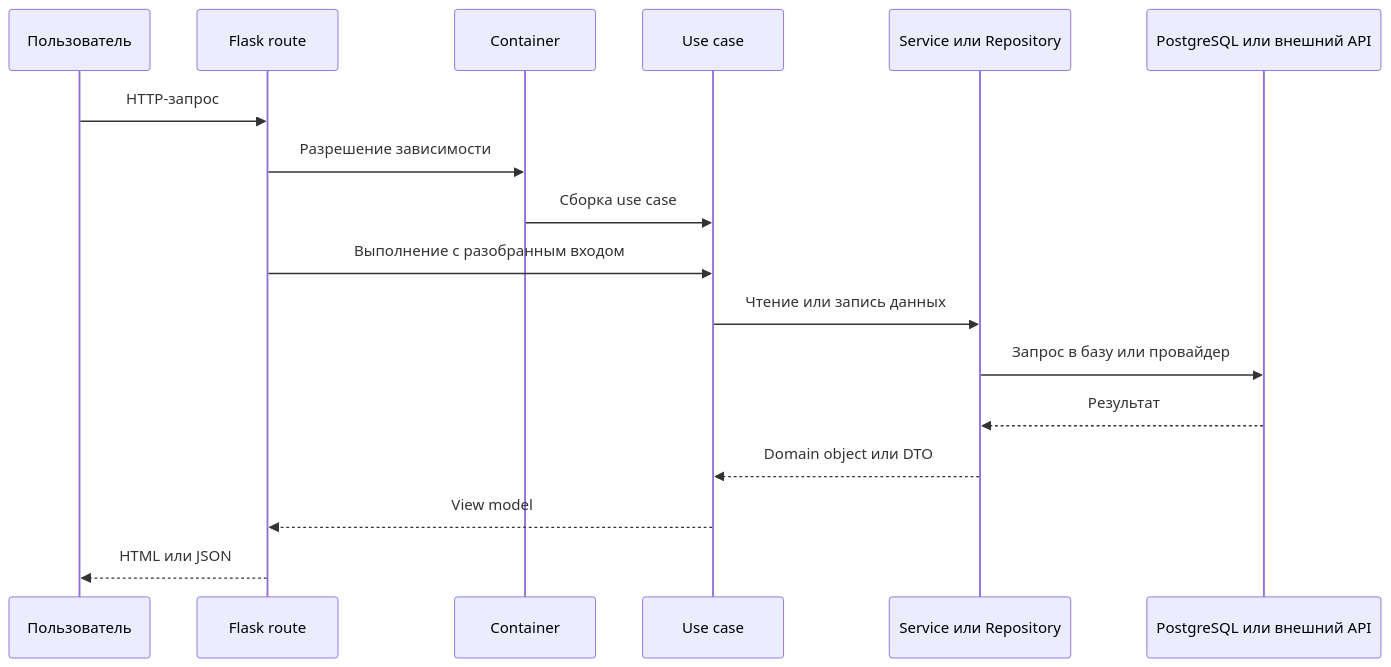
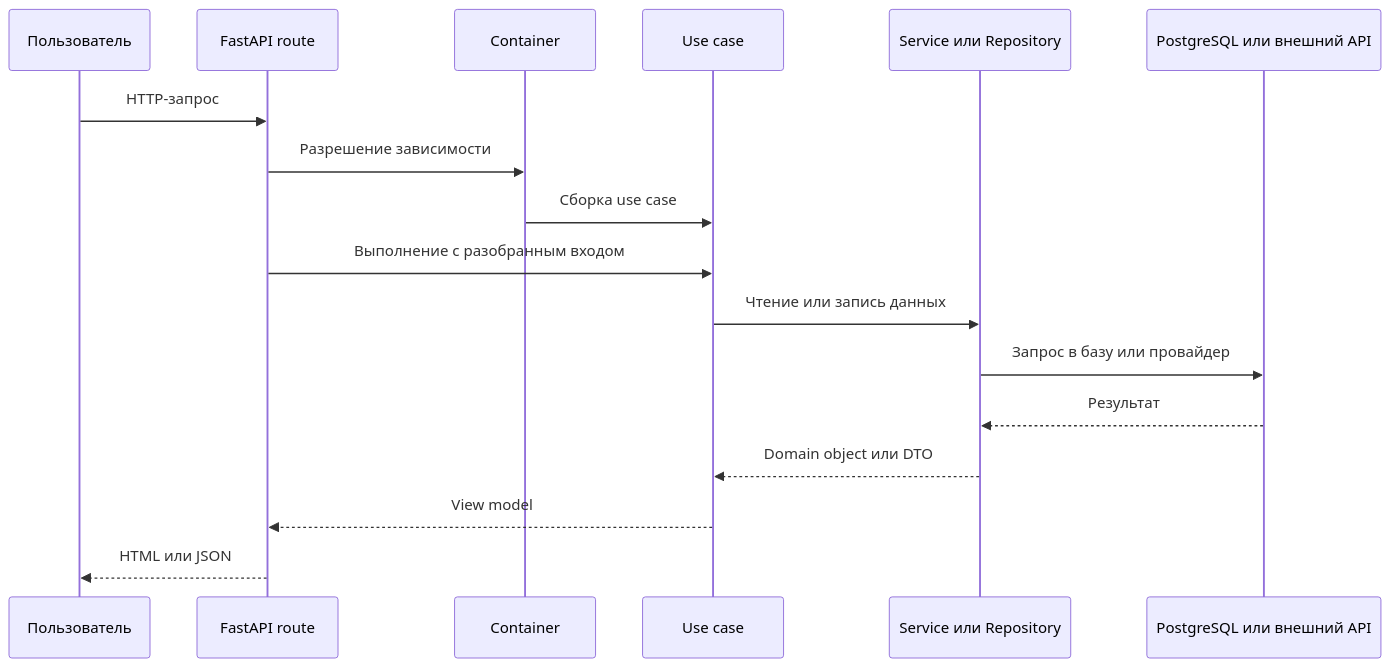
Before and after one commit to serega20112/Anime-Epic-Moments: the second of 2 diagrams in docs/architecture/overview.md, drawn with Mermaid. The commit also changed other lines of this file and 358 other files, not shown here.

````diff
--- a/docs/architecture/overview.md
+++ b/docs/architecture/overview.md
@@ -44,20 +44,20 @@
 ```mermaid
 sequenceDiagram
     participant U as Пользователь
-    participant R as Flask route
+    participant R as FastAPI route
     participant C as Container
     participant UC as Use case
     participant S as Service или Repository
     participant DB as PostgreSQL или внешний API
 
     U->>R: HTTP-запрос
     R->>C: Разрешение зависимости
     C->>UC: Сборка use case
     R->>UC: Выполнение с разобранным входом
     UC->>S: Чтение или запись данных
     S->>DB: Запрос в базу или провайдер
     DB-->>S: Результат
     S-->>UC: Domain object или DTO
     UC-->>R: View model
     R-->>U: HTML или JSON
 ```
````
